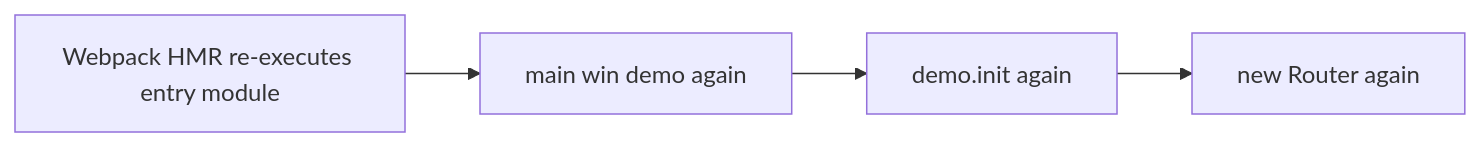
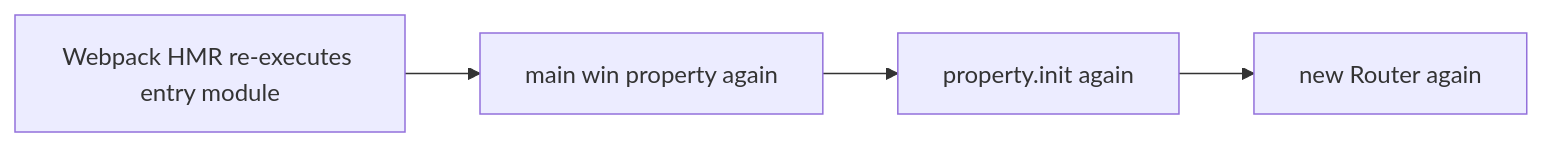
The eighth of 8 diagrams in docs/client-js-lifecycle.md (shishiv30/vue-cui), drawn with Mermaid before and after one commit. The commit also changed other lines of this file and 341 other files, not shown here.

````diff
--- a/docs/client-js-lifecycle.md
+++ b/docs/client-js-lifecycle.md
@@ -254,9 +254,9 @@
 ```mermaid
 flowchart LR
 	HMR[Webpack HMR re-executes entry module]
-	main2[main win demo again]
-	init2[demo.init again]
+	main2[main win property again]
+	init2[property.init again]
 	router2[new Router again]
 
 	HMR --> main2 --> init2 --> router2
 ```
````
